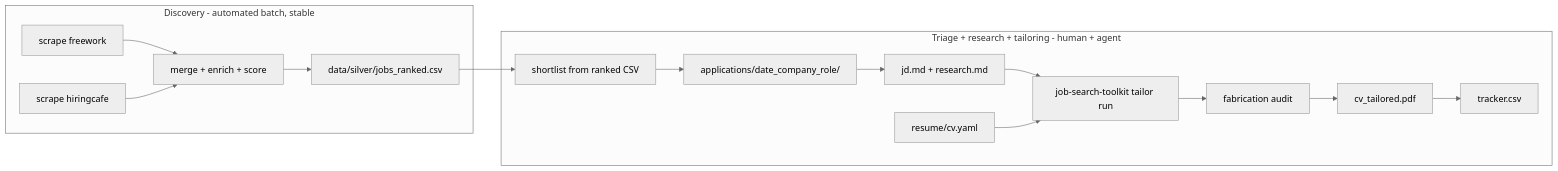
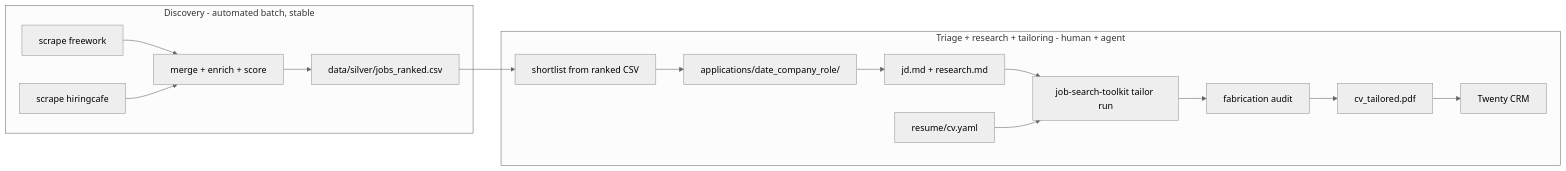
The diagram in README.md (evanokeefe39/job-search-toolkit), drawn with Mermaid (neutral theme) before and after one commit. The commit also changed other lines of this file and 6 other files, not shown here.

Commit message:
feat(skills): route application funnel to Twenty CRM via crm-bridge (#13)

````diff
--- a/README.md
+++ b/README.md
@@ -136,18 +136,18 @@
 ```mermaid
 flowchart LR
     subgraph DISCOVERY[Discovery - automated batch, stable]
         S1[scrape freework] --> M[merge + enrich + score]
         S2[scrape hiringcafe] --> M
         M --> R[data/silver/jobs_ranked.csv]
     end
     subgraph WORKSPACE[Triage + research + tailoring - human + agent]
         R --> PICK[shortlist from ranked CSV]
         PICK --> APP[applications/date_company_role/]
         APP --> RES[jd.md + research.md]
         RES --> TAILOR[job-search-toolkit tailor run]
         MASTER[resume/cv.yaml] --> TAILOR
         TAILOR --> AUDIT[fabrication audit]
         AUDIT --> PDF[cv_tailored.pdf]
-        PDF --> TRACK[tracker.csv]
+        PDF --> TWENTY[Twenty CRM]
     end
 ```
````
